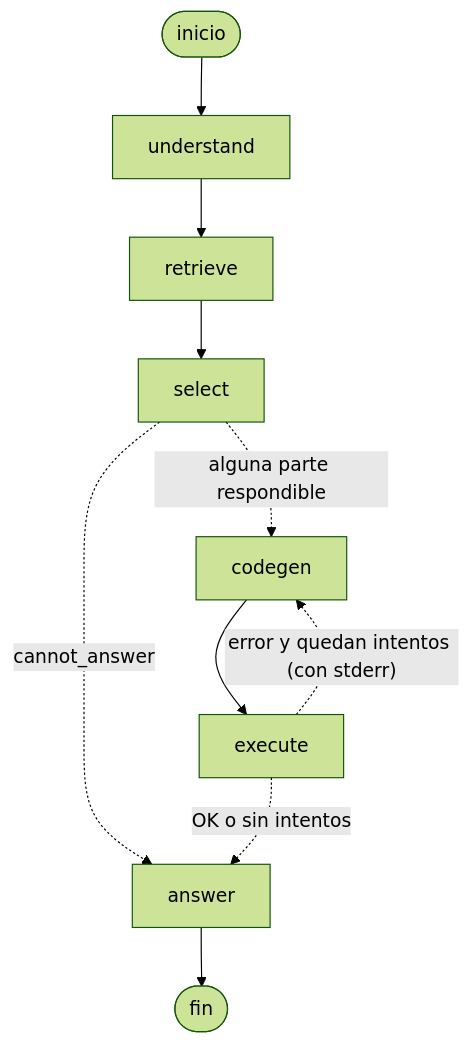
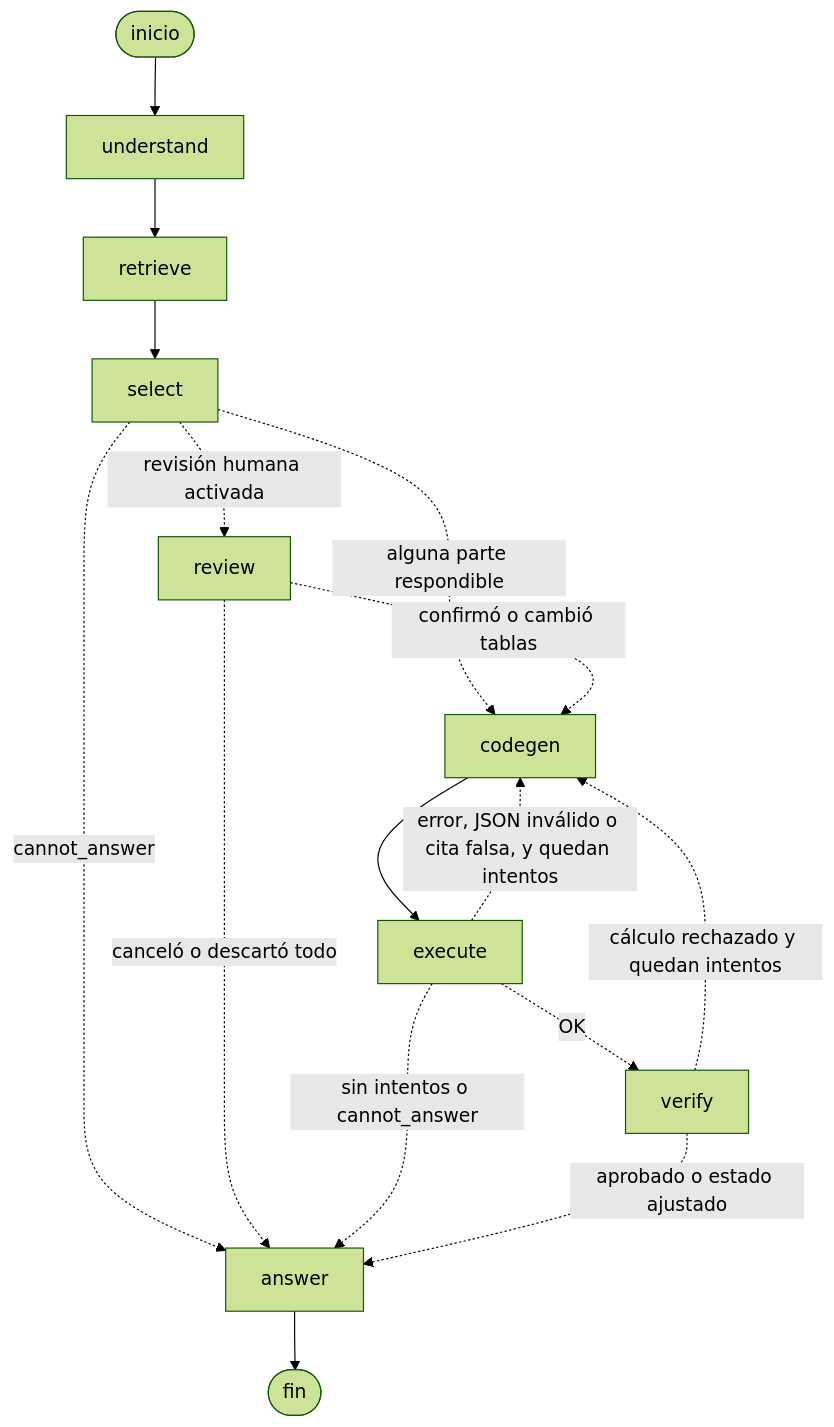
One commit to brunibaumgart/mas-2026s2-tp changed the third of 3 diagrams in README.md. Above: the diagram before and after it, drawn with Mermaid (forest theme). The commit also changed other lines of this file and 2 other files, not shown here.

First line of the commit message:
Documentación: distintivos, grafo del Analista, créditos, evaluación pendiente y estado

````diff
--- a/README.md
+++ b/README.md
@@ -101,12 +110,18 @@
 ```mermaid
 graph TD;
     __start__([inicio]) --> understand
     understand --> retrieve
     retrieve --> select
     select -. "cannot_answer" .-> answer
+    select -. "revisión humana activada" .-> review
     select -. "alguna parte respondible" .-> codegen
+    review -. "confirmó o cambió tablas" .-> codegen
+    review -. "canceló o descartó todo" .-> answer
     codegen --> execute
-    execute -. "error y quedan intentos (con stderr)" .-> codegen
-    execute -. "OK o sin intentos" .-> answer
+    execute -. "error, JSON inválido o cita falsa, y quedan intentos" .-> codegen
+    execute -. "OK" .-> verify
+    execute -. "sin intentos o cannot_answer" .-> answer
+    verify -. "cálculo rechazado y quedan intentos" .-> codegen
+    verify -. "aprobado o estado ajustado" .-> answer
     answer --> __end__([fin])
 ```
````
